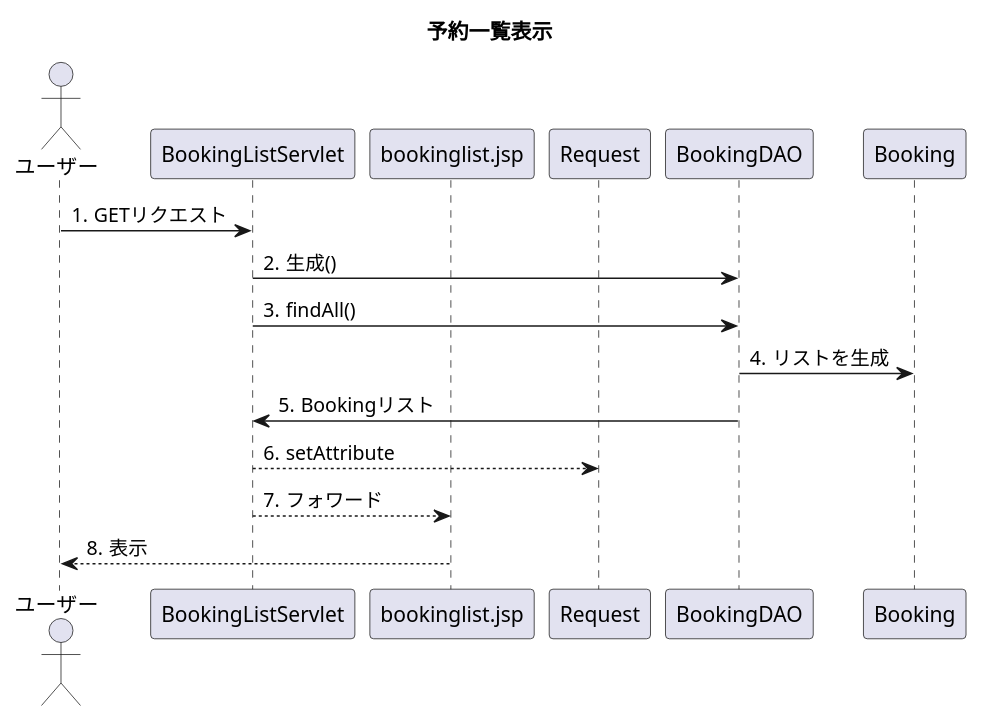
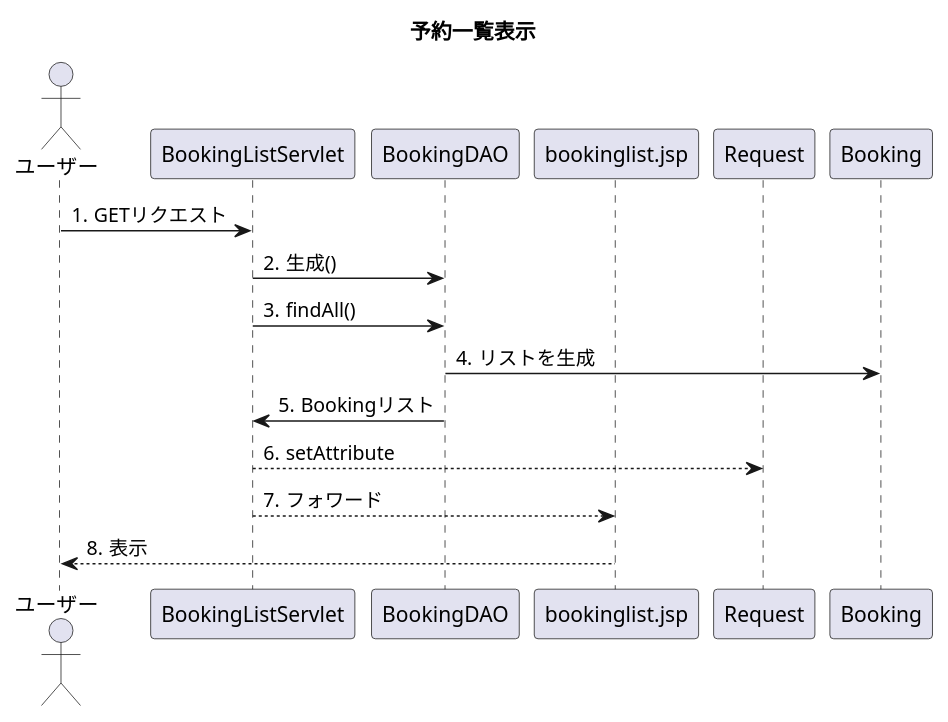
The diagram in detail.uml/seq_bookingList.pu (Tyamanaka07/WebSystem), drawn with PlantUML before and after one commit.

Commit message:
あ

```diff
--- a/detail.uml/seq_bookingList.pu
+++ b/detail.uml/seq_bookingList.pu
@@ -1,19 +1,20 @@
 @startuml
 title 予約一覧表示
 actor ユーザー
 participant BookingListServlet
+participant BookingDAO
 participant bookinglist.jsp
 participant Request
-participant BookingDAO
+
 autonumber "#."
 
 ユーザー->BookingListServlet:GETリクエスト
 BookingListServlet->BookingDAO:生成()
 BookingListServlet->BookingDAO:findAll()
 BookingDAO->Booking:リストを生成
 BookingDAO->BookingListServlet:Bookingリスト
 BookingListServlet-->Request:setAttribute
 BookingListServlet-->bookinglist.jsp:フォワード
 bookinglist.jsp-->ユーザー:表示
 
 @enduml
```
